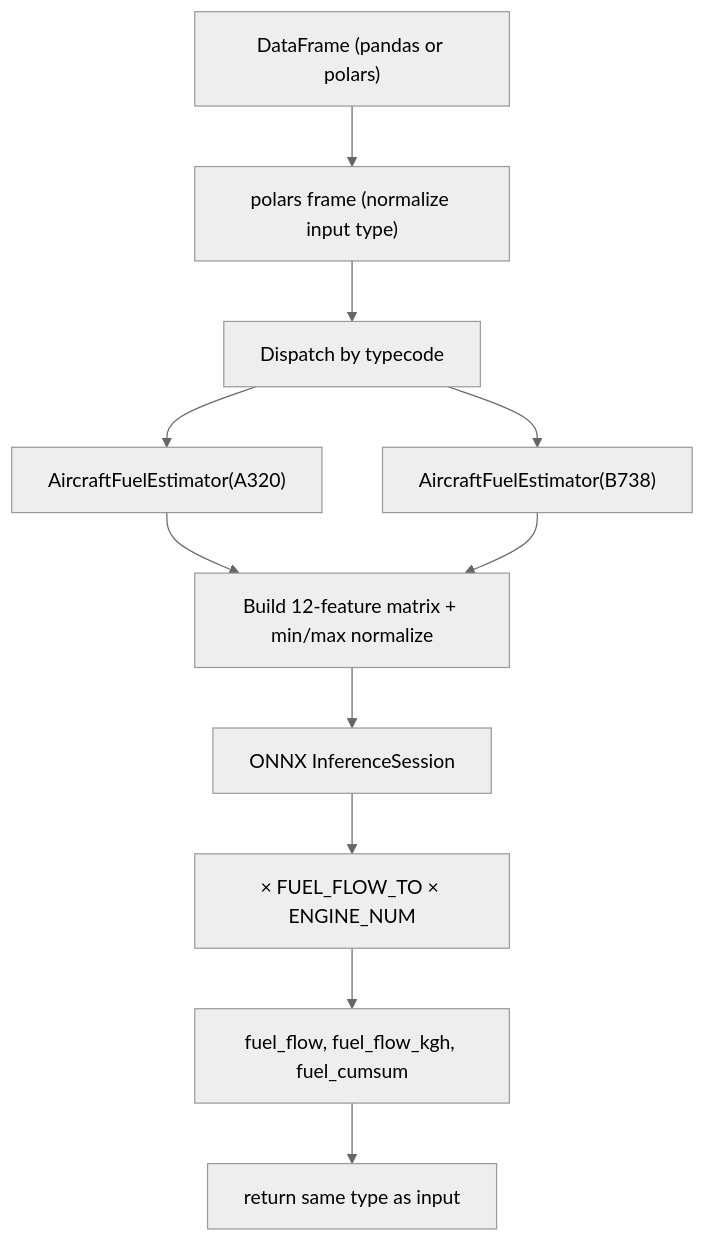
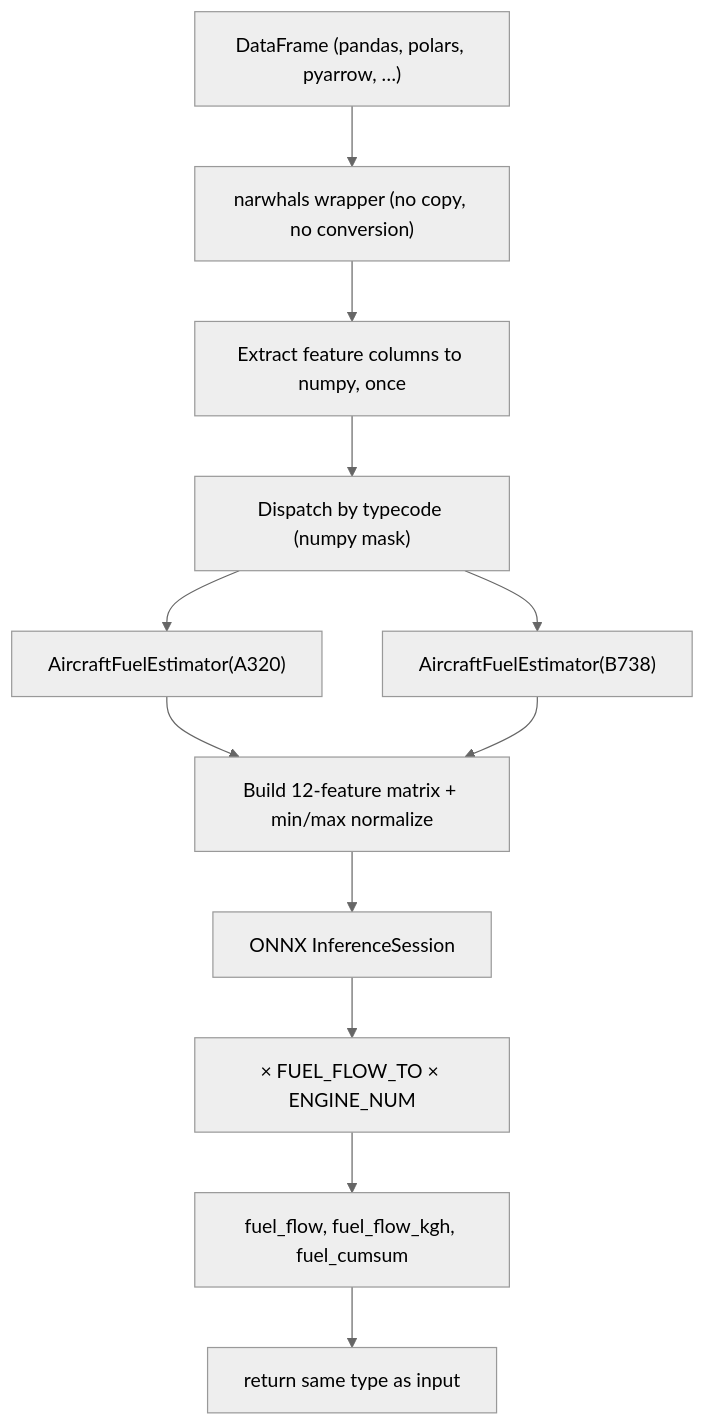
One commit to DGAC/Acropole changed the diagram in docs/explanation/architecture.md. Above: the diagram before and after it, drawn with Mermaid (neutral theme). The commit also changed other lines of this file and 18 other files, not shown here.

First line of the commit message:
feat!: support native DataFrames through Narwhals (#18)

````diff
--- a/docs/explanation/architecture.md
+++ b/docs/explanation/architecture.md
@@ -9,13 +9,14 @@
 ```mermaid
 graph TD
-    IN["DataFrame (pandas or polars)"] --> PL["polars frame (normalize input type)"]
-    PL --> DISP["Dispatch by typecode"]
+    IN["DataFrame (pandas, polars, pyarrow, …)"] --> NW["narwhals wrapper (no copy, no conversion)"]
+    NW --> COLS["Extract feature columns to numpy, once"]
+    COLS --> DISP["Dispatch by typecode (numpy mask)"]
     DISP --> A320["AircraftFuelEstimator(A320)"]
     DISP --> B738["AircraftFuelEstimator(B738)"]
     A320 --> FEAT["Build 12-feature matrix + min/max normalize"]
     B738 --> FEAT
     FEAT --> ONNX["ONNX InferenceSession"]
     ONNX --> SCALE["× FUEL_FLOW_TO × ENGINE_NUM"]
     SCALE --> OUT["fuel_flow, fuel_flow_kgh, fuel_cumsum"]
     OUT --> RET["return same type as input"]
 ```
````
